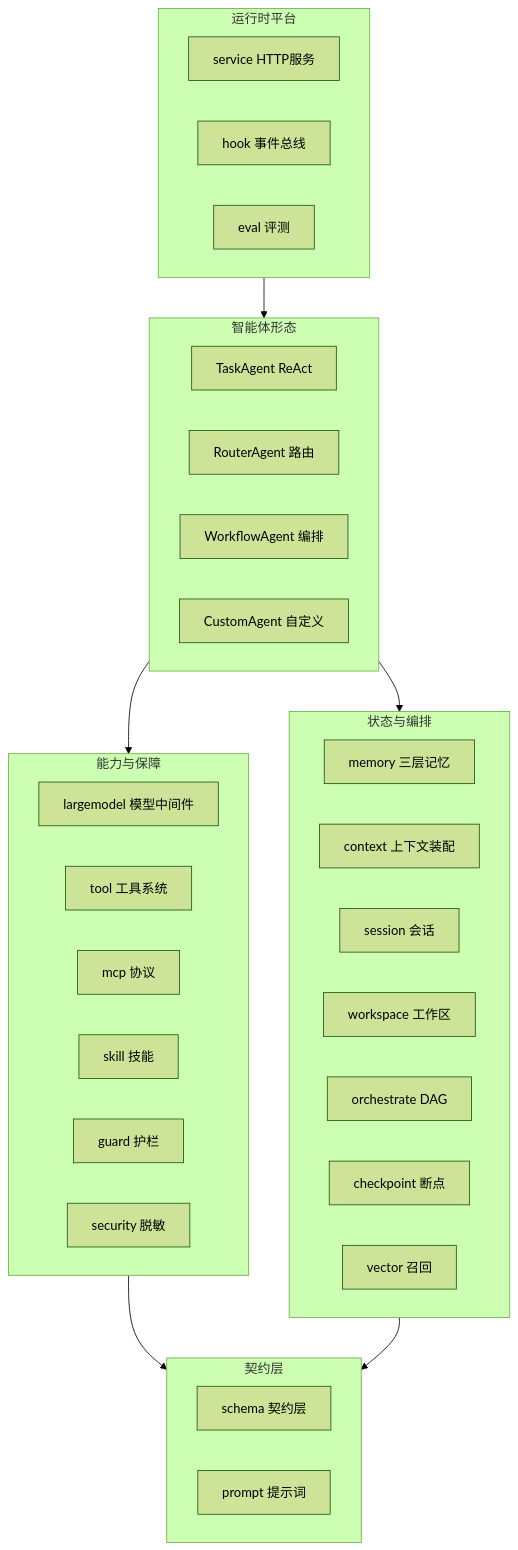
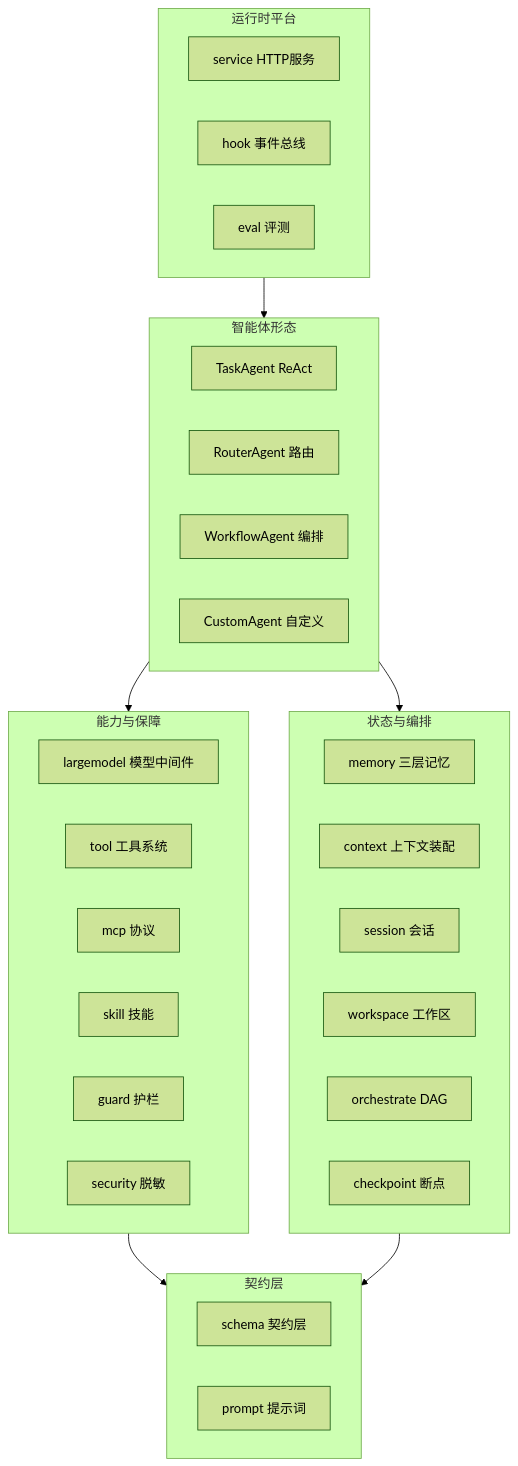
Before and after one commit to vogo/vage: the first of 2 diagrams in doc/architecture/architecture.md, drawn with Mermaid (forest theme). The commit also changed other lines of this file and 10 other files, not shown here.

````diff
--- a/doc/architecture/architecture.md
+++ b/doc/architecture/architecture.md
@@ -9,41 +9,40 @@
 ```mermaid
 graph TD
     subgraph L4[运行时平台]
         service[service HTTP服务]
         hook[hook 事件总线]
         eval[eval 评测]
     end
     subgraph L3[智能体形态]
         task[TaskAgent ReAct]
         router[RouterAgent 路由]
         workflow[WorkflowAgent 编排]
         custom[CustomAgent 自定义]
     end
     subgraph L2[能力与保障]
         model[largemodel 模型中间件]
         tool[tool 工具系统]
         mcp[mcp 协议]
         skill[skill 技能]
         guard[guard 护栏]
         security[security 脱敏]
     end
     subgraph L1[状态与编排]
         memory[memory 三层记忆]
         vctx[context 上下文装配]
         session[session 会话]
         workspace[workspace 工作区]
         orchestrate[orchestrate DAG]
         checkpoint[checkpoint 断点]
-        vector[vector 召回]
     end
     subgraph L0[契约层]
         schema[schema 契约层]
         prompt[prompt 提示词]
     end
 
     L4 --> L3
     L3 --> L2
     L3 --> L1
     L2 --> L0
     L1 --> L0
 ```
````
